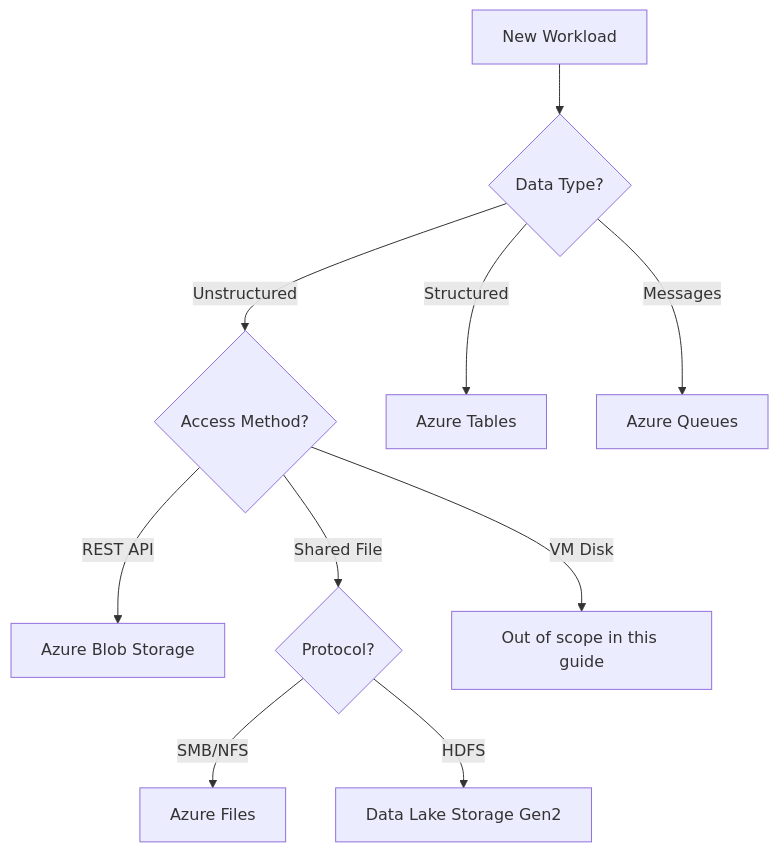
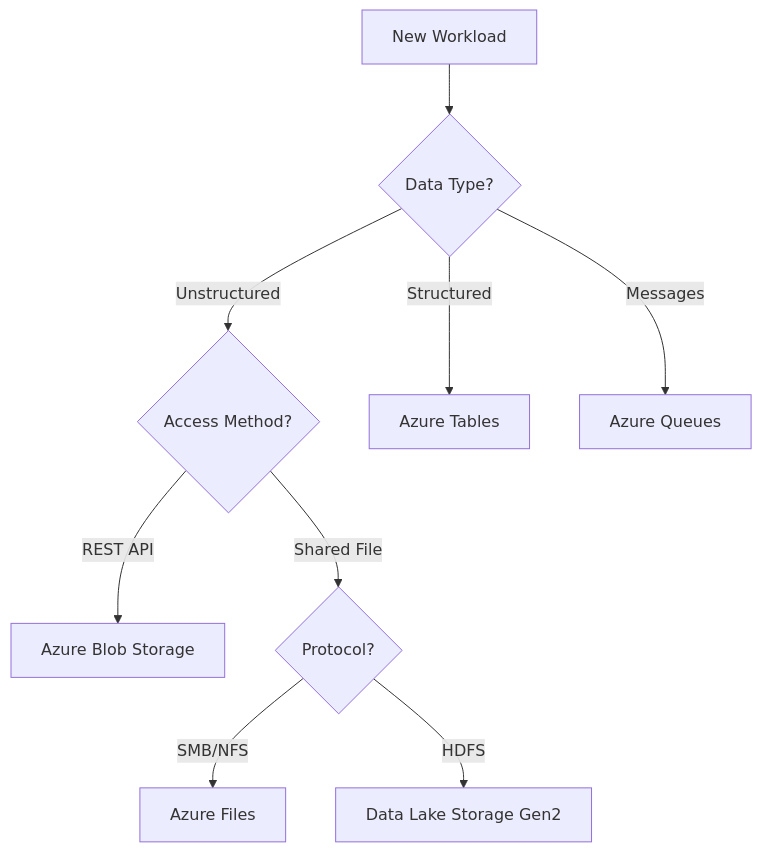
One commit to yeongseon/azure-storage-practical-guide changed the diagram in docs/reference/storage-service-selection-guide.md. Above: the diagram before and after it, drawn with Mermaid. The commit also changed other lines of this file and 16 other files, not shown here.

First line of the commit message:
Fix Oracle review #2: broken URLs, disk scope bleed, accuracy

````diff
--- a/docs/reference/storage-service-selection-guide.md
+++ b/docs/reference/storage-service-selection-guide.md
@@ -20,14 +20,13 @@
 ```mermaid
 graph TD
     Start[New Workload] --> Unstruct{Data Type?}
     Unstruct -->|Unstructured| Access{Access Method?}
     Unstruct -->|Structured| NoSQL[Azure Tables]
     Unstruct -->|Messages| Queue[Azure Queues]
     
     Access -->|REST API| Blobs[Azure Blob Storage]
     Access -->|Shared File| Protocol{Protocol?}
-    Access -->|VM Disk| Out[Out of scope in this guide]
     
     Protocol -->|SMB/NFS| Files[Azure Files]
     Protocol -->|HDFS| ADLS[Data Lake Storage Gen2]
 ```
````
